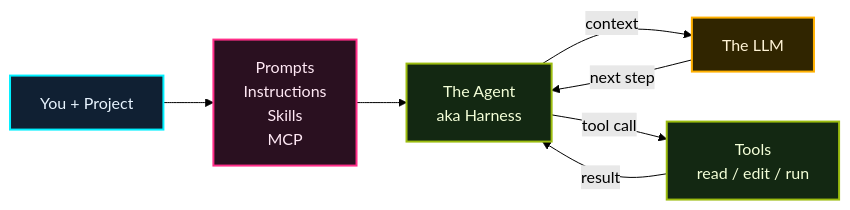
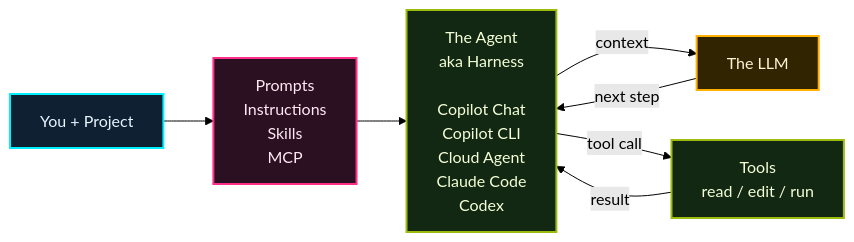
Before and after one commit to theomonfort/theomonfort: the second of 2 diagrams in src/content/glossary/agent.md, drawn with Mermaid (forest theme).

Commit message:
Add agent harness examples

````diff
--- a/src/content/glossary/agent.md
+++ b/src/content/glossary/agent.md
@@ -33,18 +33,18 @@
 ```mermaid
 flowchart LR
   Project[You + Project] --> Inputs[Prompts<br/>Instructions<br/>Skills<br/>MCP]
-  Inputs --> Agent[The Agent<br/>aka Harness]
+  Inputs --> Agent[The Agent<br/>aka Harness<br/><br/>Copilot Chat<br/>Copilot CLI<br/>Cloud Agent<br/>Claude Code<br/>Codex]
   Agent -->|context| LLM[The LLM]
   LLM -->|next step| Agent
   Agent -->|tool call| Tools[Tools<br/>read / edit / run]
   Tools -->|result| Agent
 
   classDef human fill:#102033,stroke:#00f0ff,color:#e8f4ff,stroke-width:2px;
   classDef llm fill:#302500,stroke:#ffb000,color:#fff4d6,stroke-width:2px;
   classDef agent fill:#132812,stroke:#9bbc0f,color:#f4ffd8,stroke-width:2px;
   classDef context fill:#2a1020,stroke:#ff2e88,color:#ffe8f4,stroke-width:2px;
   class Project human;
   class LLM llm;
   class Agent,Tools agent;
   class Inputs context;
 ```
````
